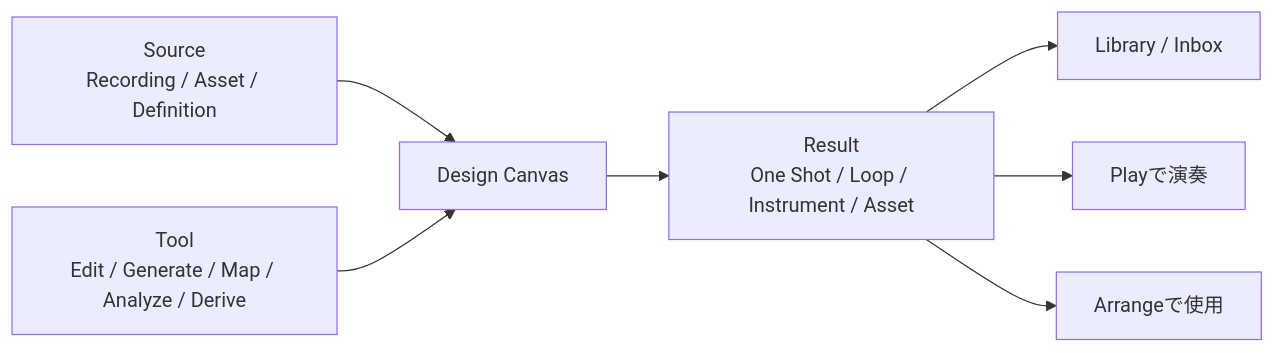
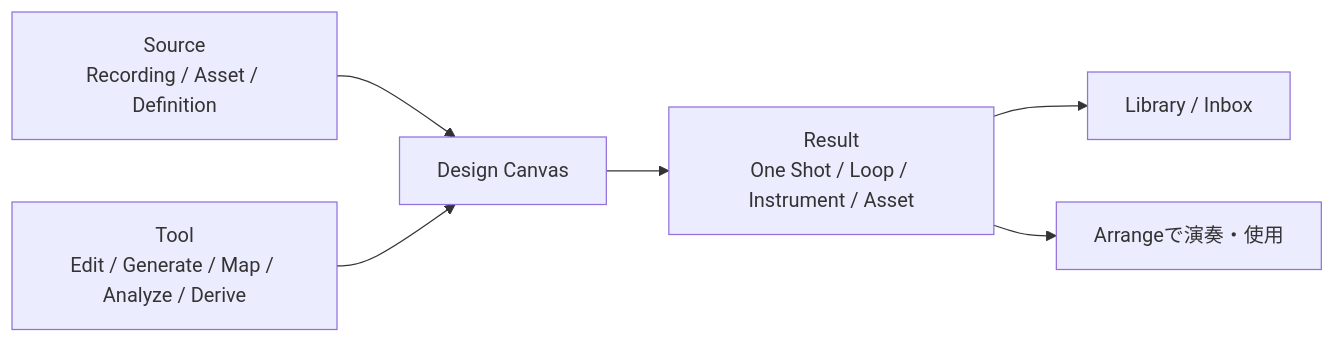
One commit to endo-ly/riffra changed the fifth of 12 diagrams in docs/ui-ux-design/ui-ux-design.md. Above: the diagram before and after it, drawn with Mermaid. The commit also changed other lines of this file and 10 other files, not shown here.

Commit message:
docs: merge Play into Arrange and add headless CLI protocol

````diff
--- a/docs/ui-ux-design/ui-ux-design.md
+++ b/docs/ui-ux-design/ui-ux-design.md
@@ -253,9 +288,8 @@
 ```mermaid
 flowchart LR
     SOURCE["Source<br/>Recording / Asset / Definition"] --> CANVAS["Design Canvas"]
     TOOL["Tool<br/>Edit / Generate / Map / Analyze / Derive"] --> CANVAS
     CANVAS --> RESULT["Result<br/>One Shot / Loop / Instrument / Asset"]
     RESULT --> LIBRARY["Library / Inbox"]
-    RESULT --> PLAY["Playで演奏"]
-    RESULT --> ARRANGE["Arrangeで使用"]
+    RESULT --> ARRANGE["Arrangeで演奏・使用"]
 ```
````
